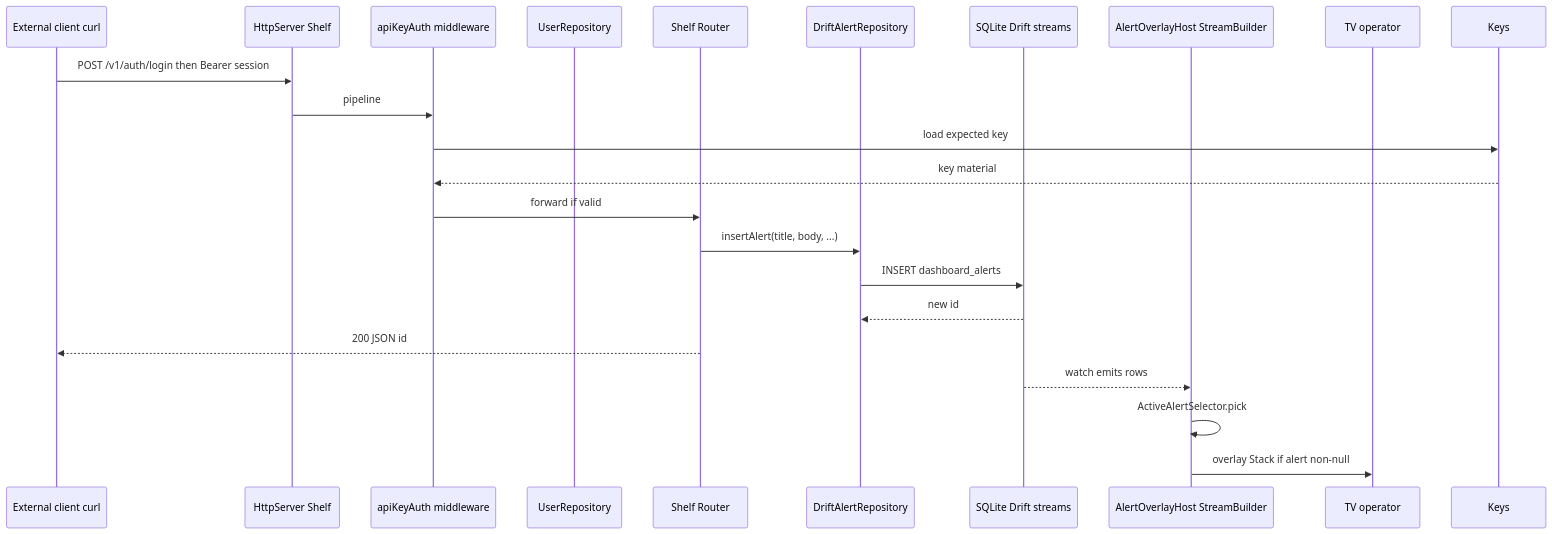
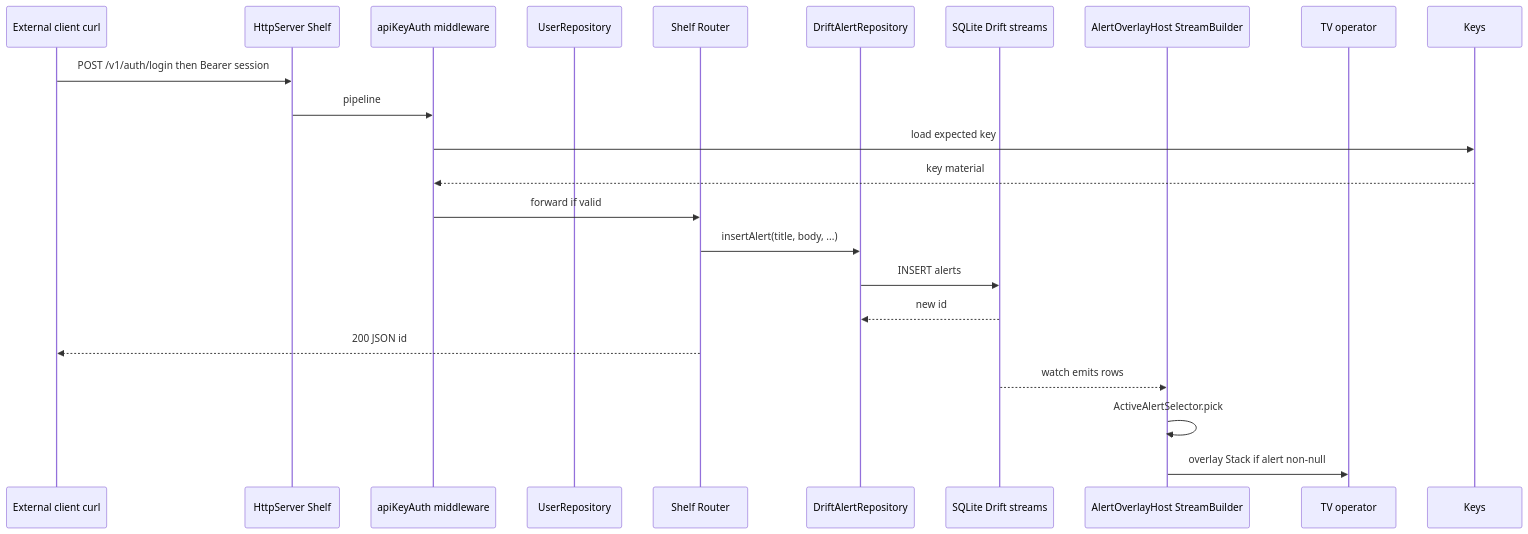
The fourth of 5 diagrams in apps/waddle_display/ARCHITECTURE.md (dukk/waddle-view), drawn with Mermaid before and after one commit. The commit also changed other lines of this file and 164 other files, not shown here.

````diff
--- a/apps/waddle_display/ARCHITECTURE.md
+++ b/apps/waddle_display/ARCHITECTURE.md
@@ -189,25 +189,25 @@
 ```mermaid
 sequenceDiagram
   participant Ext as External client curl
   participant S as HttpServer Shelf
   participant Auth as apiKeyAuth middleware
   participant Users as UserRepository
   participant R as Shelf Router
   participant AR as DriftAlertRepository
   participant DB as SQLite Drift streams
   participant Host as AlertOverlayHost StreamBuilder
   participant Op as TV operator
 
   Ext->>S: POST /v1/auth/login then Bearer session
   S->>Auth: pipeline
   Auth->>Keys: load expected key
   Keys-->>Auth: key material
   Auth->>R: forward if valid
   R->>AR: insertAlert(title, body, ...)
-  AR->>DB: INSERT dashboard_alerts
+  AR->>DB: INSERT alerts
   DB-->>AR: new id
   R-->>Ext: 200 JSON id
   DB-->>Host: watch emits rows
   Host->>Host: ActiveAlertSelector.pick
   Host->>Op: overlay Stack if alert non-null
 ```
````
